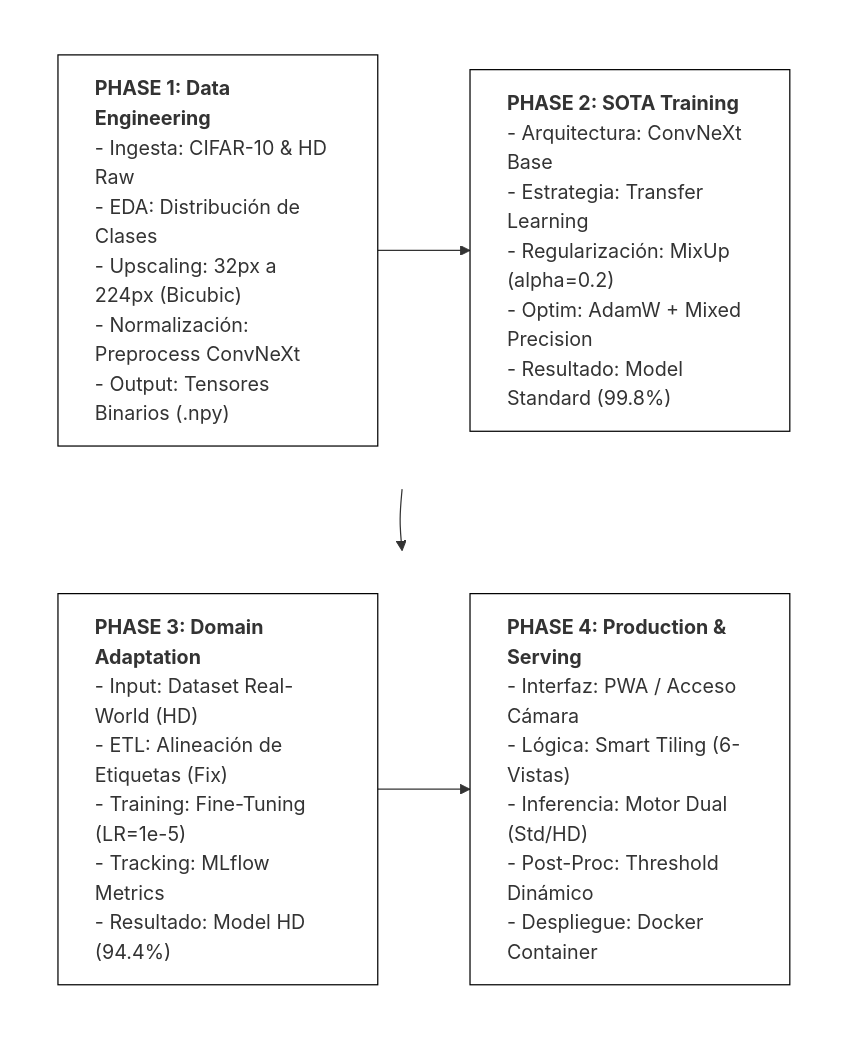
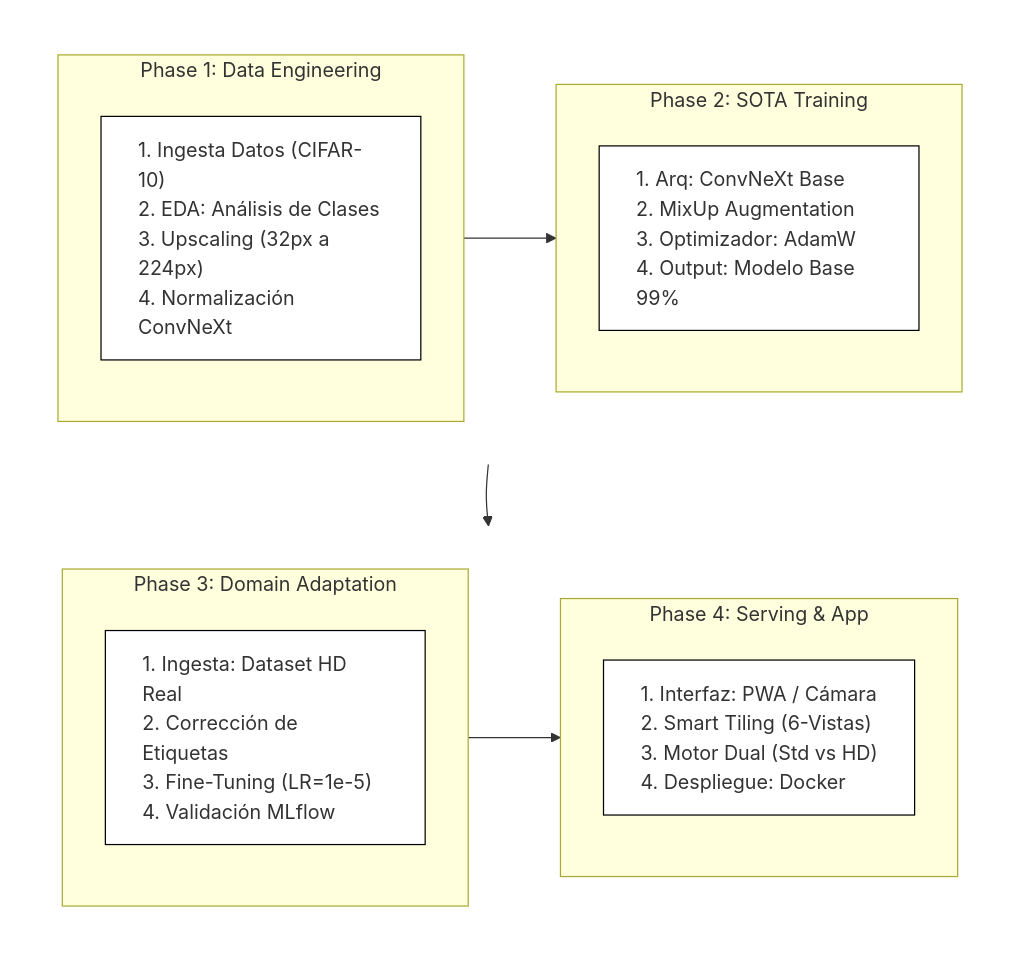
The diagram in README.md (elsebasdev1/model_multilabel), drawn with Mermaid before and after one commit.

Commit message:
Refactor Mermaid diagram for clarity and structure

````diff
--- a/README.md
+++ b/README.md
@@ -24,44 +24,51 @@
 ```mermaid
 flowchart TD
-    %% --- DEFINICIÓN DE ESTILOS (PAPER ACADÉMICO) ---
-    %% Estilo de caja con texto alineado a la izquierda y fondo blanco
-    classDef phaseBox fill:#fff,stroke:#000,stroke-width:1px,text-align:left;
+    %% --- ESTILOS LIMPIOS ---
+    classDef content fill:#fff,stroke:#000,stroke-width:1px,text-align:left;
 
-    %% --- DEFINICIÓN DE NODOS (CONTENIDO) ---
-    %% Usamos comillas para evitar errores de sintaxis
-    
-    P1["<b>PHASE 1: Data Engineering</b><br/>- Ingesta: CIFAR-10 & HD Raw<br/>- EDA: Distribución de Clases<br/>- Upscaling: 32px a 224px (Bicubic)<br/>- Normalización: Preprocess ConvNeXt<br/>- Output: Tensores Binarios (.npy)"]:::phaseBox
+    %% --- FILA 1: SUPERIOR ---
+    subgraph ROW1 [ ]
+        direction LR
+        style ROW1 fill:none,stroke:none
 
-    P2["<b>PHASE 2: SOTA Training</b><br/>- Arquitectura: ConvNeXt Base<br/>- Estrategia: Transfer Learning<br/>- Regularización: MixUp (alpha=0.2)<br/>- Optim: AdamW + Mixed Precision<br/>- Resultado: Model Standard (99.8%)"]:::phaseBox
+        %% FASE 1
+        subgraph P1 ["Phase 1: Data Engineering"]
+            direction TB
+            N1["1. Ingesta Datos (CIFAR-10)<br/>2. EDA: Análisis de Clases<br/>3. Upscaling (32px a 224px)<br/>4. Normalización ConvNeXt"]:::content
+        end
 
-    P3["<b>PHASE 3: Domain Adaptation</b><br/>- Input: Dataset Real-World (HD)<br/>- ETL: Alineación de Etiquetas (Fix)<br/>- Training: Fine-Tuning (LR=1e-5)<br/>- Tracking: MLflow Metrics<br/>- Resultado: Model HD (94.4%)"]:::phaseBox
-
-    P4["<b>PHASE 4: Production & Serving</b><br/>- Interfaz: PWA / Acceso Cámara<br/>- Lógica: Smart Tiling (6-Vistas)<br/>- Inferencia: Motor Dual (Std/HD)<br/>- Post-Proc: Threshold Dinámico<br/>- Despliegue: Docker Container"]:::phaseBox
-
-    %% --- ESTRUCTURA DE GRID (CUADRADO) ---
-    %% Subgrafos para forzar alineación horizontal por filas
-    
-    subgraph Row1 [ ]
-        direction LR
-        style Row1 fill:none,stroke:none
-        P1
-        P2
+        %% FASE 2
+        subgraph P2 ["Phase 2: SOTA Training"]
+            direction TB
+            N2["1. Arq: ConvNeXt Base<br/>2. MixUp Augmentation<br/>3. Optimizador: AdamW<br/>4. Output: Modelo Base 99%"]:::content
+        end
     end
 
-    subgraph Row2 [ ]
+    %% --- FILA 2: INFERIOR ---
+    subgraph ROW2 [ ]
         direction LR
-        style Row2 fill:none,stroke:none
-        P3
-        P4
+        style ROW2 fill:none,stroke:none
+
+        %% FASE 3
+        subgraph P3 ["Phase 3: Domain Adaptation"]
+            direction TB
+            N3["1. Ingesta: Dataset HD Real<br/>2. Corrección de Etiquetas<br/>3. Fine-Tuning (LR=1e-5)<br/>4. Validación MLflow"]:::content
+        end
+
+        %% FASE 4
+        subgraph P4 ["Phase 4: Serving & App"]
+            direction TB
+            N4["1. Interfaz: PWA / Cámara<br/>2. Smart Tiling (6-Vistas)<br/>3. Motor Dual (Std vs HD)<br/>4. Despliegue: Docker"]:::content
+        end
     end
 
-    %% --- CONEXIONES VISIBLES (FLUJO) ---
-    P1 --> P2
-    P2 --> P3
-    P3 --> P4
+    %% --- CONEXIONES VISIBLES (Flujo en Z) ---
+    N1 --> N2
+    N2 --> N3
+    N3 --> N4
 
-    %% --- TRUCO DE ALINEACIÓN (INVISIBLES) ---
+    %% --- ALINEACIÓN DE CUADRÍCULA (Invisible) ---
     %% Esto fuerza que P3 quede debajo de P1 y P4 debajo de P2
     P1 ~~~ P3
     P2 ~~~ P4
 ```
````
